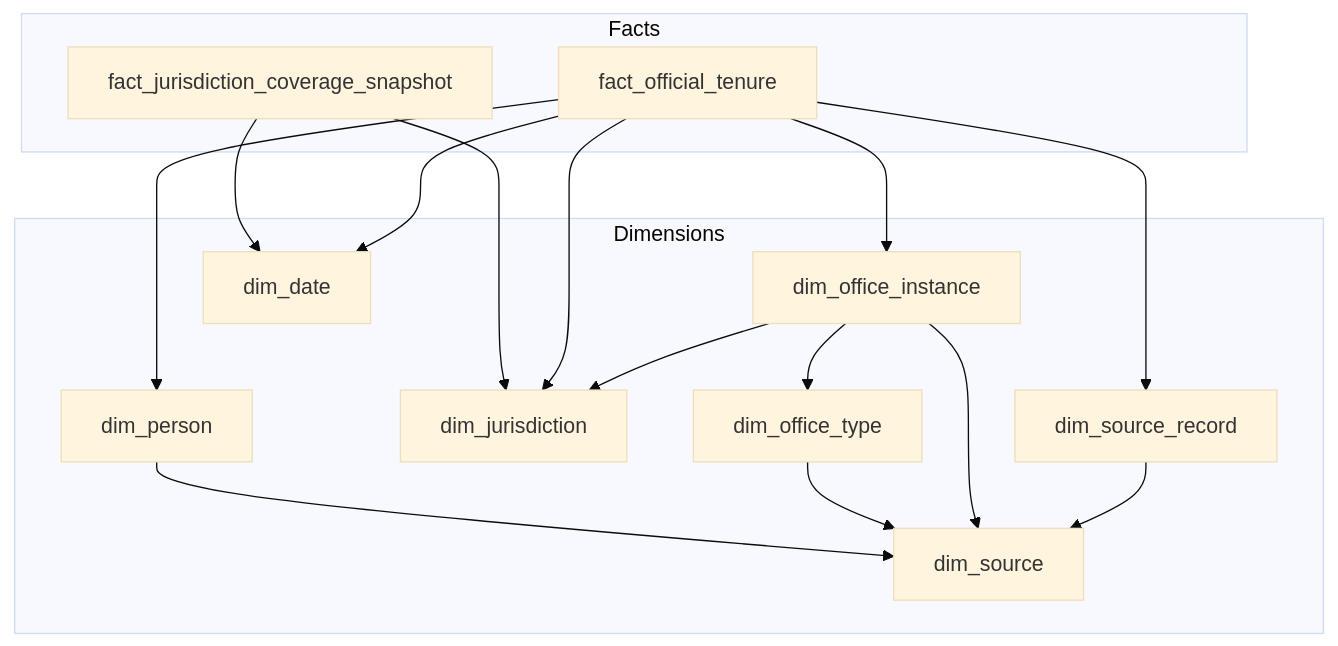
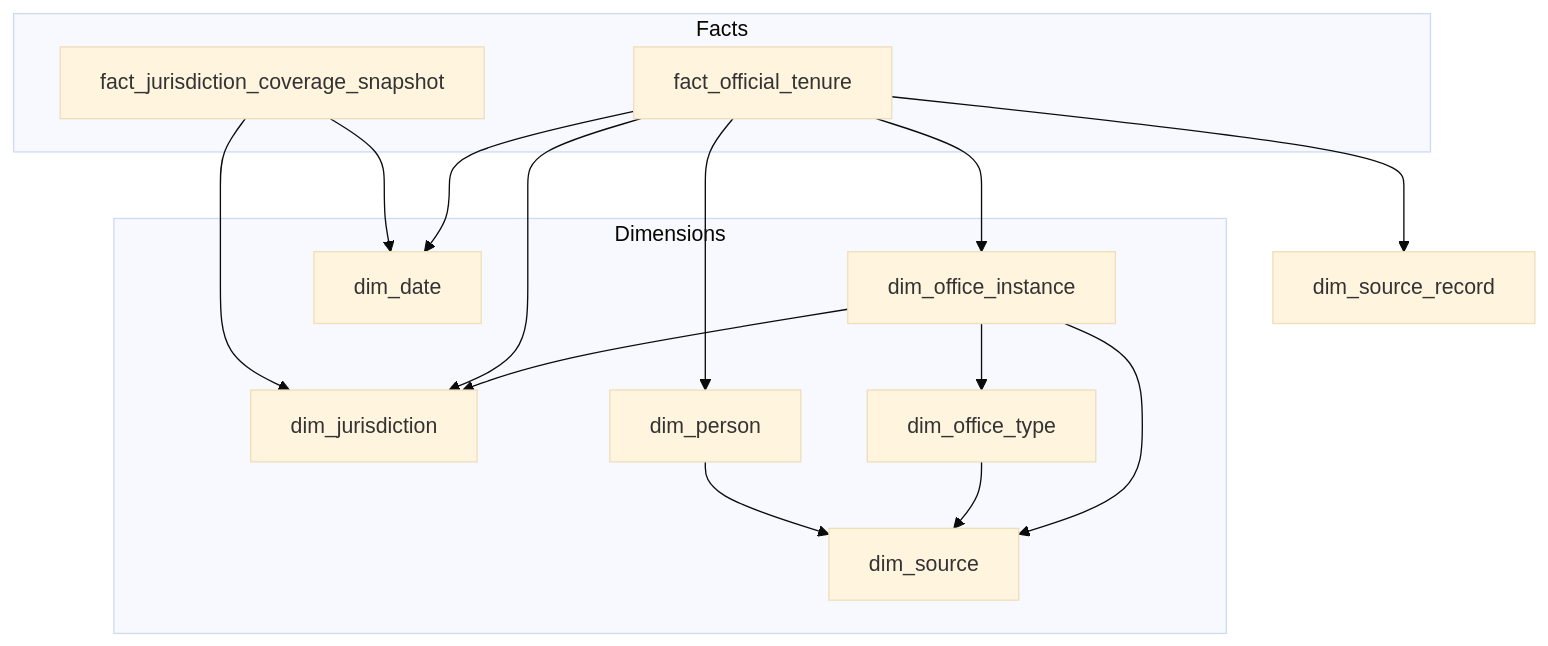
The diagram in docs/README.md (aeevered/elected-officials-data-acquisition), drawn with Mermaid (base theme) before and after one commit. The commit also changed other lines of this file, not shown here.

````diff
--- a/docs/README.md
+++ b/docs/README.md
@@ -17,33 +17,32 @@
 ```mermaid
 flowchart TB
   subgraph dimensions["Dimensions"]
     dim_source["dim_source"]
-    dim_source_record["dim_source_record"]
     dim_jurisdiction["dim_jurisdiction"]
     dim_office_type["dim_office_type"]
     dim_office_instance["dim_office_instance"]
     dim_person["dim_person"]
     dim_date["dim_date"]
   end
 
   subgraph facts["Facts"]
     fact_tenure["fact_official_tenure"]
     fact_coverage["fact_jurisdiction_coverage_snapshot"]
   end
 
-  dim_source_record --> dim_source
+
   dim_office_instance --> dim_jurisdiction
   dim_office_instance --> dim_office_type
   dim_office_instance --> dim_source
   dim_office_type --> dim_source
   dim_person --> dim_source
 
   fact_tenure --> dim_office_instance
   fact_tenure --> dim_person
   fact_tenure --> dim_jurisdiction
   fact_tenure --> dim_date
   fact_tenure --> dim_source_record
 
   fact_coverage --> dim_jurisdiction
   fact_coverage --> dim_date
 ```
````
